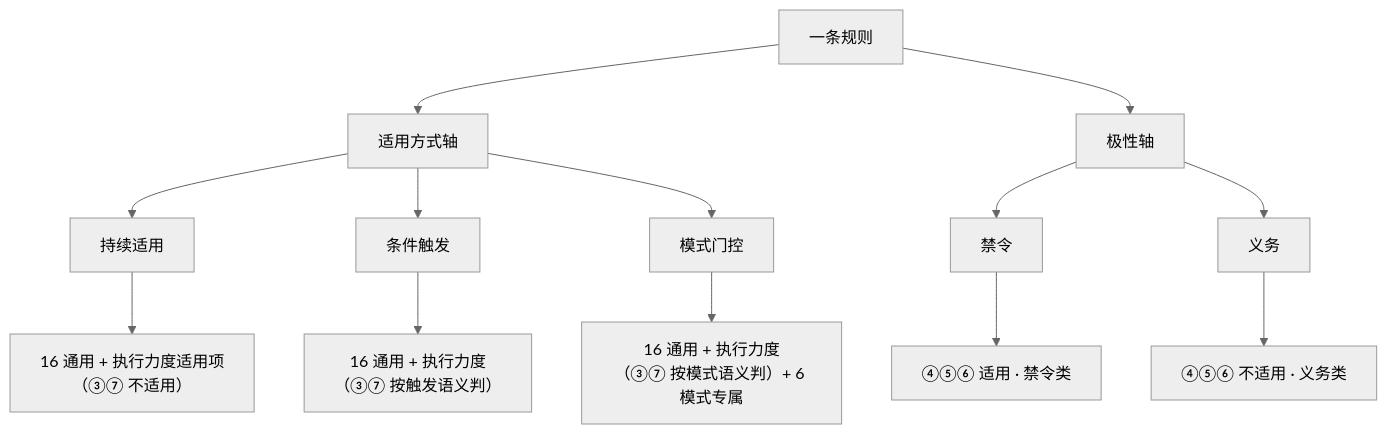
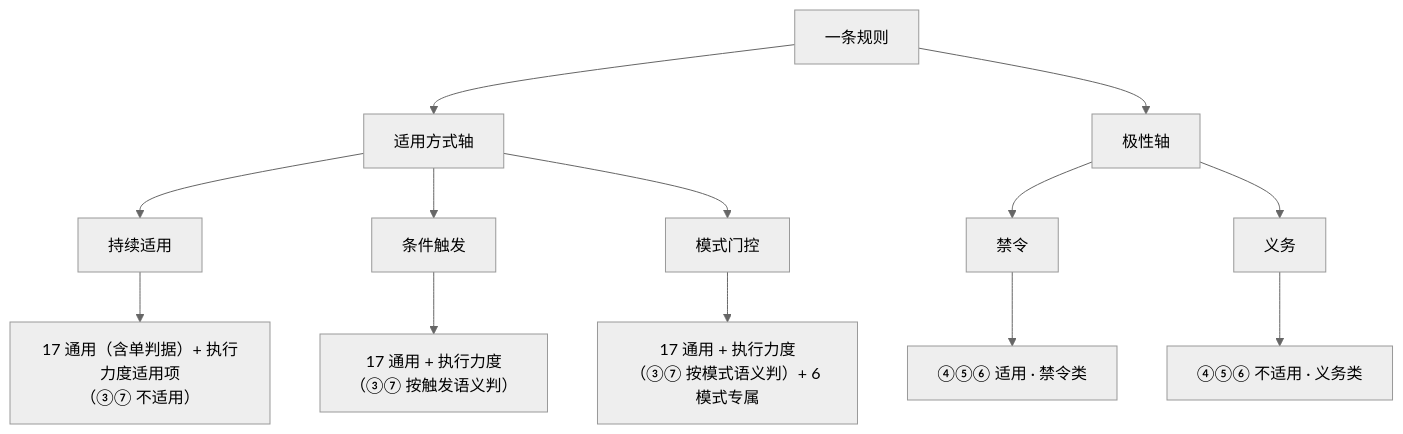
Before and after one commit to SeedHuang/retro-skills: the diagram in skills/rule-inspector/README.md, drawn with Mermaid (neutral theme). The commit also changed other lines of this file and 3 other files, not shown here.

````diff
--- a/skills/rule-inspector/README.md
+++ b/skills/rule-inspector/README.md
@@ -8,15 +8,15 @@
 ```mermaid
 graph TD
     R[一条规则] --> AX1[适用方式轴]
     R --> AX2[极性轴]
     AX1 --> A1[持续适用]
     AX1 --> A2[条件触发]
     AX1 --> A3[模式门控]
     AX2 --> B1[禁令]
     AX2 --> B2[义务]
-    A1 --> S1["16 通用 + 执行力度适用项<br/>（③⑦ 不适用）"]
-    A2 --> S2["16 通用 + 执行力度<br/>（③⑦ 按触发语义判）"]
-    A3 --> S3["16 通用 + 执行力度<br/>（③⑦ 按模式语义判）+ 6 模式专属"]
+    A1 --> S1["17 通用（含单判据）+ 执行力度适用项<br/>（③⑦ 不适用）"]
+    A2 --> S2["17 通用 + 执行力度<br/>（③⑦ 按触发语义判）"]
+    A3 --> S3["17 通用 + 执行力度<br/>（③⑦ 按模式语义判）+ 6 模式专属"]
     B1 --> S4[④⑤⑥ 适用 · 禁令类]
     B2 --> S5[④⑤⑥ 不适用 · 义务类]
 ```
````
